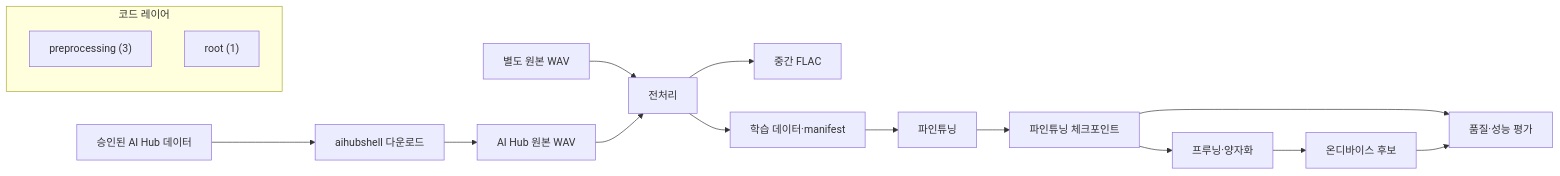
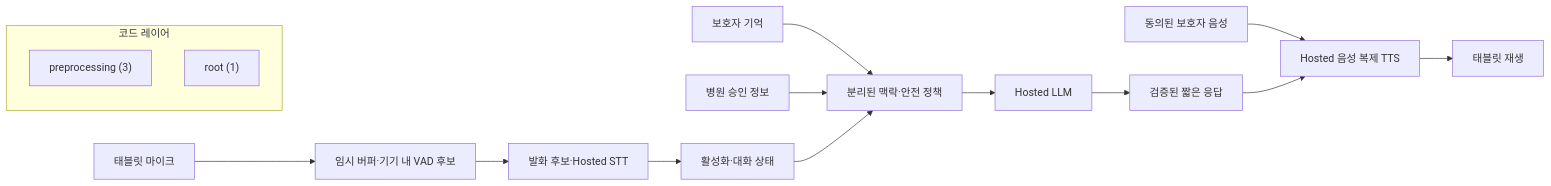
Before and after one commit to GracieRho/KoF5-TTS-delirium: the diagram in architecture/generated/project-map.md, drawn with Mermaid. The commit also changed other lines of this file and 23 other files, not shown here.

````diff
--- a/architecture/generated/project-map.md
+++ b/architecture/generated/project-map.md
@@ -5,20 +5,19 @@
 ```mermaid
 flowchart LR
-  aihub["승인된 AI Hub 데이터"] --> download["aihubshell 다운로드"]
-  download --> raw["AI Hub 원본 WAV"]
-  local["별도 원본 WAV"] --> preprocess["전처리"]
-  raw --> preprocess
-  preprocess --> flac["중간 FLAC"]
-  preprocess --> processed["학습 데이터·manifest"]
-  processed --> finetune["파인튜닝"]
-  finetune --> tuned["파인튜닝 체크포인트"]
-  tuned --> optimize["프루닝·양자화"]
-  optimize --> device["온디바이스 후보"]
-  tuned --> evaluate["품질·성능 평가"]
-  device --> evaluate
+  mic["태블릿 마이크"] --> vad["임시 버퍼·기기 내 VAD 후보"]
+  vad --> stt["발화 후보·Hosted STT"]
+  stt --> activation["활성화·대화 상태"]
+  family["보호자 기억"] --> context["분리된 맥락·안전 정책"]
+  hospital["병원 승인 정보"] --> context
+  activation --> context
+  context --> llm["Hosted LLM"]
+  llm --> response["검증된 짧은 응답"]
+  guardian["동의된 보호자 음성"] --> voice["Hosted 음성 복제 TTS"]
+  response --> voice
+  voice --> tablet["태블릿 재생"]
 
   subgraph code["코드 레이어"]
     layer_preprocessing["preprocessing (3)"]
     layer_root["root (1)"]
   end
 ```
````
